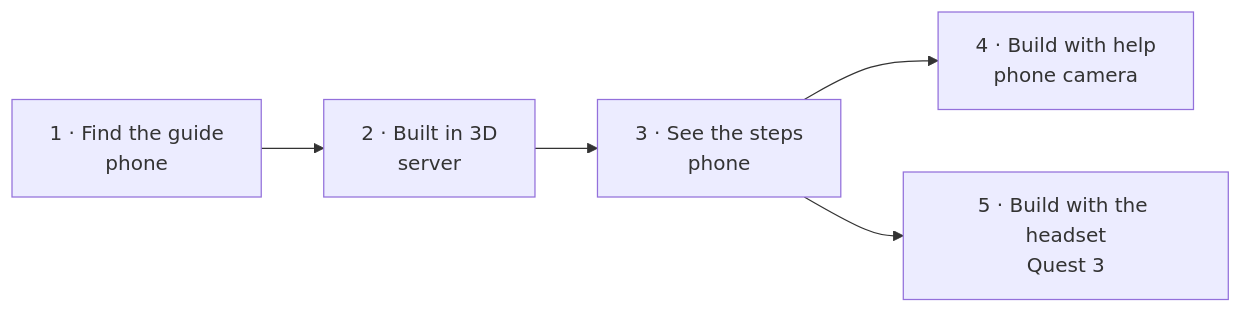
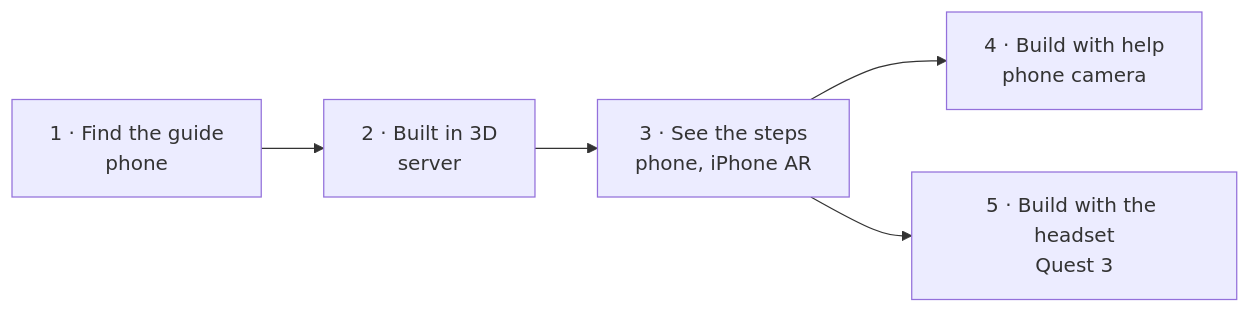
One commit to LoomSense/jarvis-assembler changed the diagram in README.md. Above: the diagram before and after it, drawn with Mermaid. The commit also changed other lines of this file, not shown here.

First line of the commit message:
README: iPhone AR is part of step 3, not a side note

````diff
--- a/README.md
+++ b/README.md
@@ -9,7 +9,7 @@
 ```mermaid
 flowchart LR
   find["1 · Find the guide<br/>phone"] --> build["2 · Built in 3D<br/>server"]
-  build --> steps["3 · See the steps<br/>phone"]
+  build --> steps["3 · See the steps<br/>phone, iPhone AR"]
   steps --> help["4 · Build with help<br/>phone camera"]
   steps --> quest["5 · Build with the headset<br/>Quest 3"]
 ```
````
